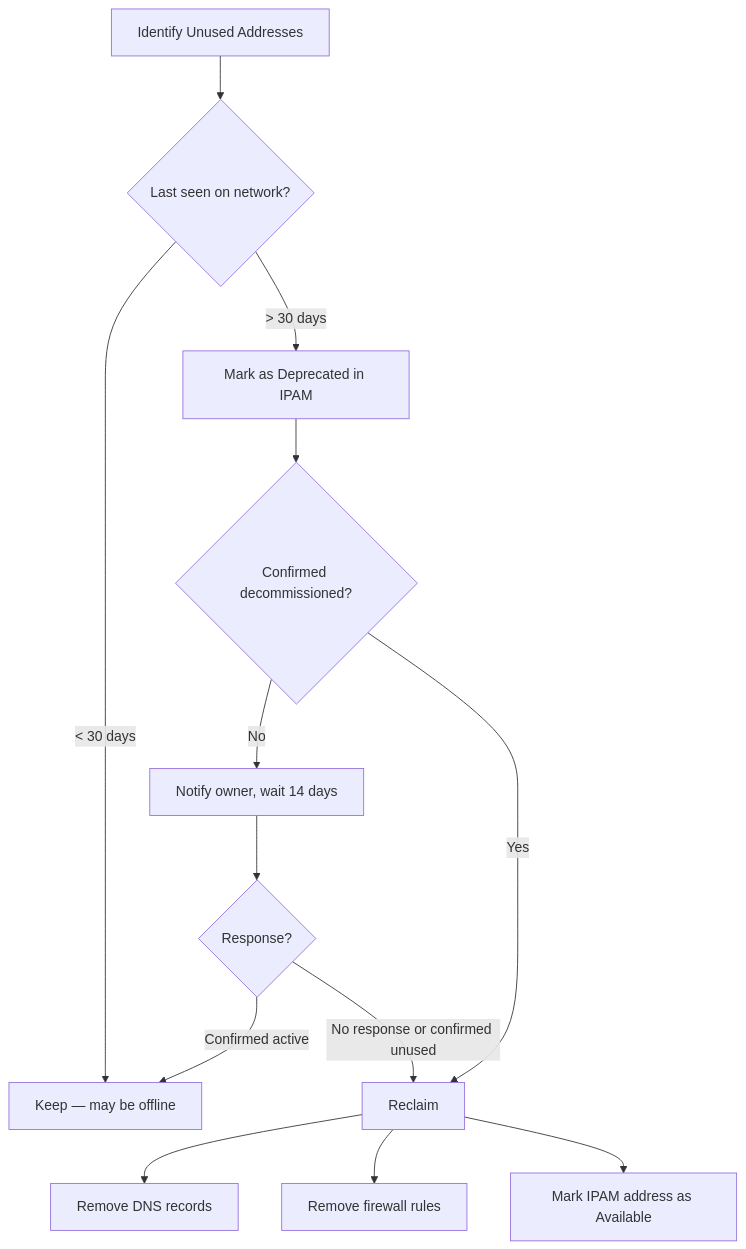
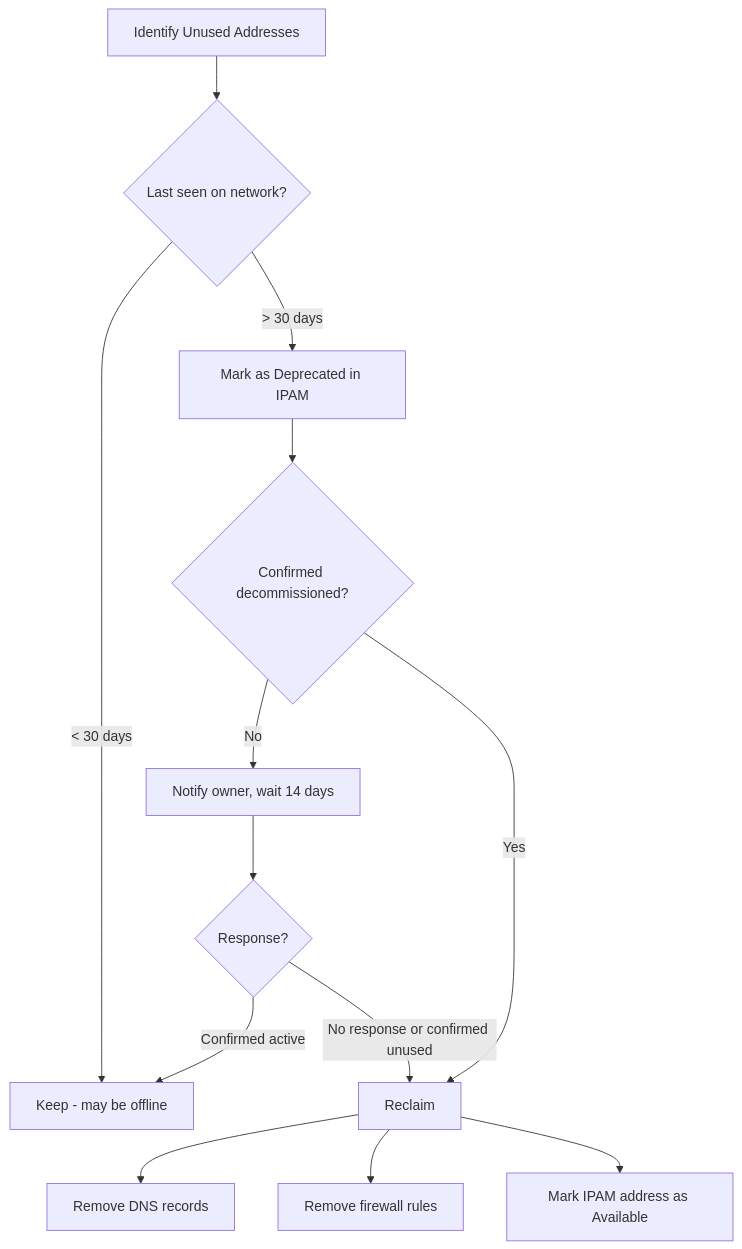
The diagram in posts/2026-03-20-plan-ipv6-address-reclamation/README.md (wildfirebill-web/oneuptime-blog), drawn with Mermaid before and after one commit. The commit also changed other lines of this file and 41565 other files, not shown here.

````diff
--- a/posts/2026-03-20-plan-ipv6-address-reclamation/README.md
+++ b/posts/2026-03-20-plan-ipv6-address-reclamation/README.md
@@ -15,15 +15,15 @@
 ```mermaid
 flowchart TD
     A[Identify Unused Addresses] --> B{Last seen on network?}
-    B -->|< 30 days| C[Keep — may be offline]
+    B -->|< 30 days| C[Keep - may be offline]
     B -->|> 30 days| D[Mark as Deprecated in IPAM]
     D --> E{Confirmed decommissioned?}
     E -->|No| F[Notify owner, wait 14 days]
     F --> G{Response?}
     G -->|Confirmed active| C
     G -->|No response or confirmed unused| H[Reclaim]
     E -->|Yes| H
     H --> I[Remove DNS records]
     H --> J[Remove firewall rules]
     H --> K[Mark IPAM address as Available]
 ```
````
